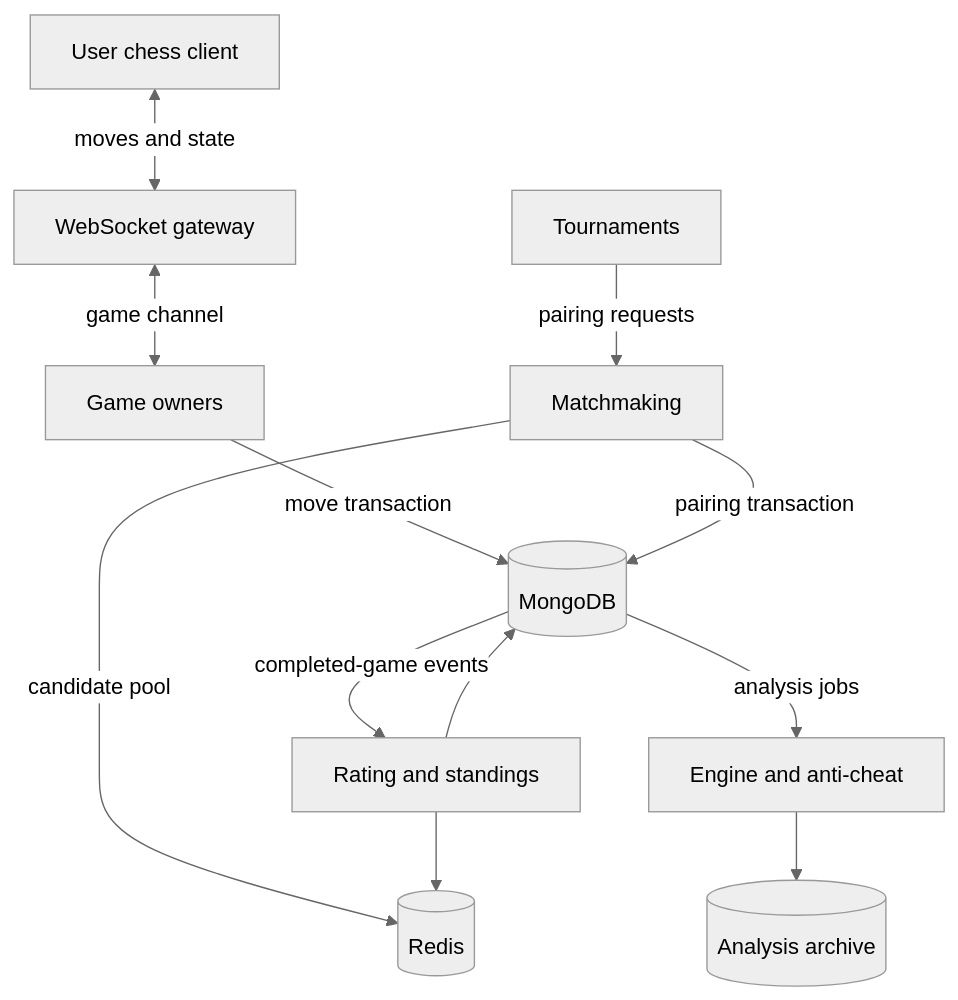
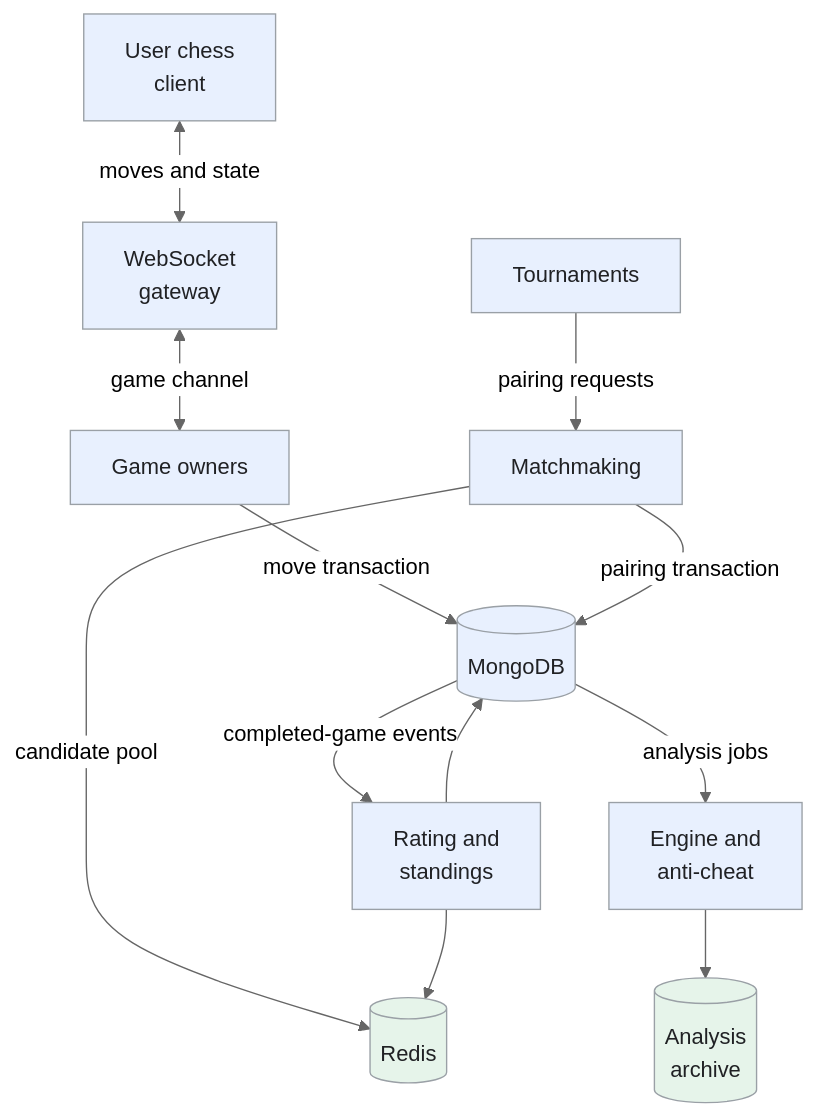
One commit to iliazlobin/iliazlobin.github.io changed the first of 5 diagrams in _designs/system-design-online-chess.md. Above: the diagram before and after it, drawn with Mermaid (neutral theme). The commit also changed other lines of this file and 131 other files, not shown here.

````diff
--- a/_designs/system-design-online-chess.md
+++ b/_designs/system-design-online-chess.md
@@ -152,14 +152,19 @@
 ```mermaid
 flowchart TB
-  U[User chess client] <-->|moves and state| G[WebSocket gateway]
+  U["User chess<br>client"] <-->|moves and state| G["WebSocket<br>gateway"]
   G <-->|game channel| S[Game owners]
   S -->|move transaction| DB[(MongoDB)]
   M[Matchmaking] -->|candidate pool| R[(Redis)]
   M -->|pairing transaction| DB
   T[Tournaments] -->|pairing requests| M
-  DB -->|completed-game events| W[Rating and standings]
+  DB -->|completed-game events| W["Rating and<br>standings"]
   W --> DB
   W --> R
-  DB -->|analysis jobs| A[Engine and anti-cheat]
-  A --> O[(Analysis archive)]
+  DB -->|analysis jobs| A["Engine and<br>anti-cheat"]
+  A --> O[("Analysis<br>archive")]
+  classDef request fill:#e8f0fe,stroke:#9aa0a6,color:#202124,stroke-width:1px
+  classDef background fill:#e6f4ea,stroke:#9aa0a6,color:#202124,stroke-width:1px
+  classDef control fill:#fef7e0,stroke:#9aa0a6,color:#202124,stroke-width:1px
+  class U,G,S,DB,M,T,W,A request
+  class R,O background
 ```
````
